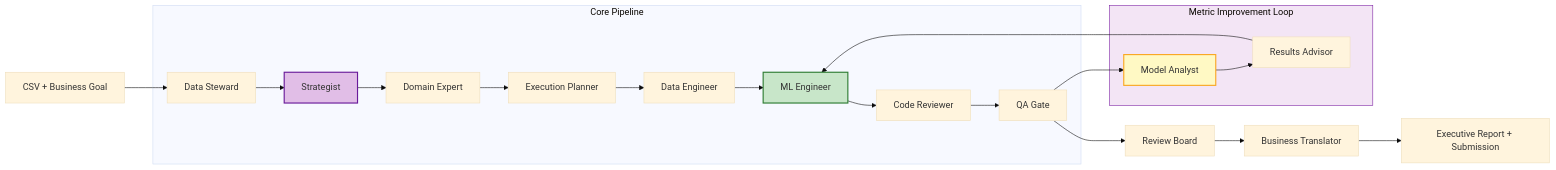
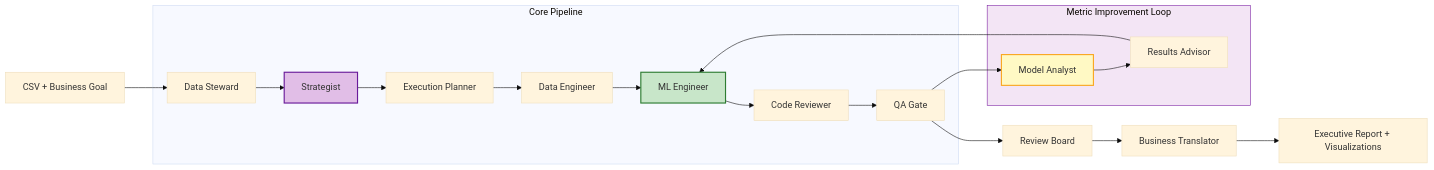
One commit to santimc98/StrategyEngine-AI changed the diagram in README.md. Above: the diagram before and after it, drawn with Mermaid (base theme). The commit also changed other lines of this file, not shown here.

````diff
--- a/README.md
+++ b/README.md
@@ -23,29 +24,28 @@
 ```mermaid
 graph LR
     User["CSV + Business Goal"] --> Steward
 
     subgraph Pipeline ["Core Pipeline"]
         Steward["Data Steward"] --> Strategist["Strategist"]
-        Strategist --> DomainExpert["Domain Expert"]
-        DomainExpert --> ExecPlanner["Execution Planner"]
+        Strategist --> ExecPlanner["Execution Planner"]
         ExecPlanner --> DataEng["Data Engineer"]
         DataEng --> MLEng["ML Engineer"]
         MLEng --> Reviewer["Code Reviewer"]
         Reviewer --> QA["QA Gate"]
     end
 
     subgraph OptLoop ["Metric Improvement Loop"]
         QA --> ModelAnalyst["Model Analyst"]
         ModelAnalyst --> ResultsAdv["Results Advisor"]
         ResultsAdv --> MLEng
     end
 
     QA --> ReviewBoard["Review Board"]
     ReviewBoard --> Translator["Business Translator"]
-    Translator --> Report["Executive Report + Submission"]
+    Translator --> Report["Executive Report + Visualizations"]
 
     style Strategist fill:#e1bee7,stroke:#6a1b9a,stroke-width:2px
     style ModelAnalyst fill:#fff9c4,stroke:#f9a825,stroke-width:2px
     style MLEng fill:#c8e6c9,stroke:#2e7d32,stroke-width:2px
     style OptLoop fill:#f3e5f5,stroke:#7b1fa2,stroke-width:1px
 ```
````
